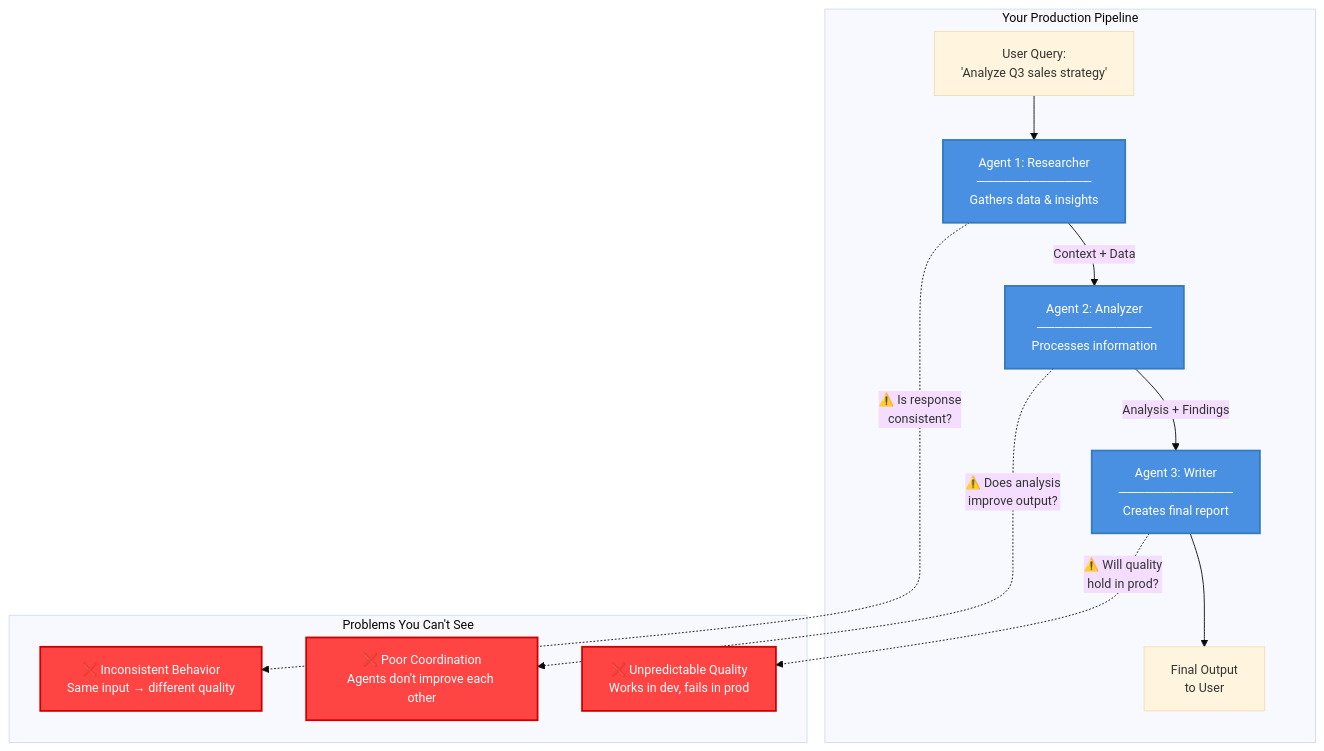
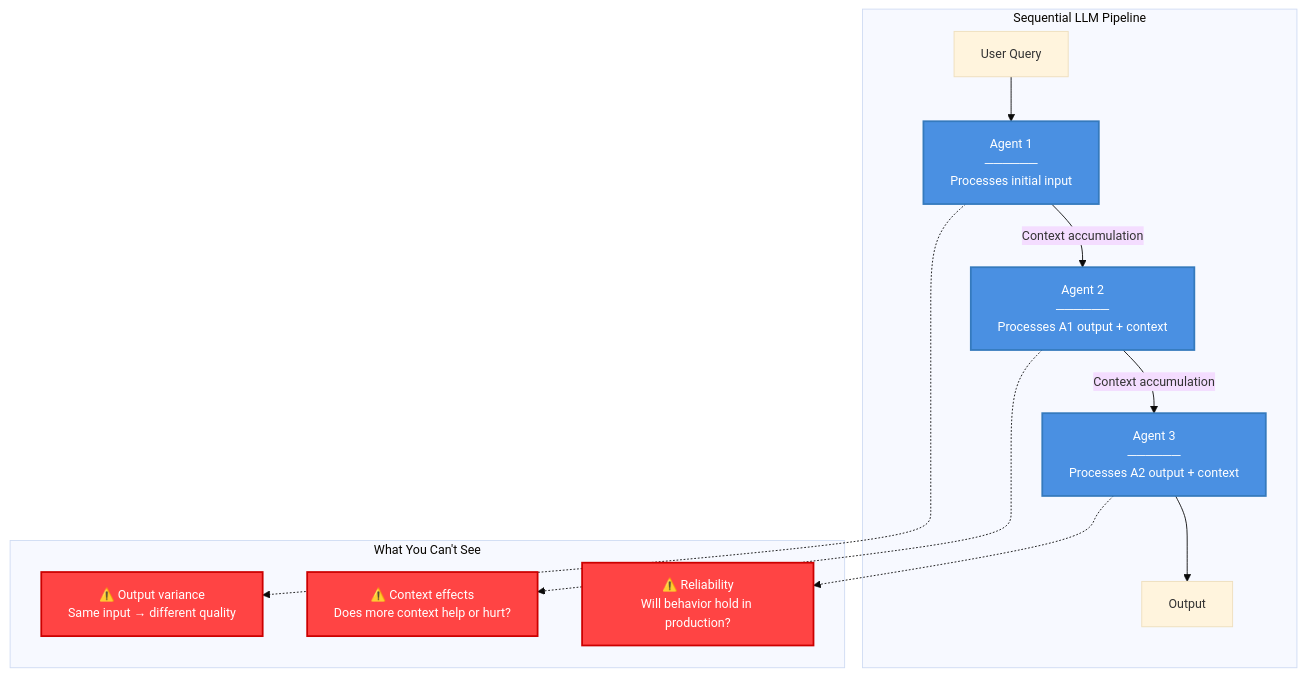
Before and after one commit to Javihaus/CERT: the first of 2 diagrams in README.md, drawn with Mermaid. The commit also changed other lines of this file, not shown here.

````diff
--- a/README.md
+++ b/README.md
@@ -39,32 +54,32 @@
 ```mermaid
 %%{init: {'theme':'base', 'themeVariables': { 'fontSize':'14px', 'fontFamily':'arial'}}}%%
 graph TB
-    subgraph "Your Production Pipeline"
-        U[User Query:<br/>'Analyze Q3 sales strategy'] --> A1
+    subgraph "Sequential LLM Pipeline"
+        U[User Query] --> A1
 
-        A1[Agent 1: Researcher<br/>─────────────<br/>Gathers data & insights]
-        A2[Agent 2: Analyzer<br/>─────────────<br/>Processes information]
-        A3[Agent 3: Writer<br/>─────────────<br/>Creates final report]
+        A1["Agent 1<br/>──────<br/>Processes initial input"]
+        A2["Agent 2<br/>──────<br/>Processes A1 output + context"]
+        A3["Agent 3<br/>──────<br/>Processes A2 output + context"]
 
-        A1 -->|Context + Data| A2
-        A2 -->|Analysis + Findings| A3
-        A3 --> OUT[Final Output<br/>to User]
+        A1 -->|"Context accumulation"| A2
+        A2 -->|"Context accumulation"| A3
+        A3 --> OUT[Output]
     end
 
-    subgraph "Problems You Can't See"
-        P1["❌ Inconsistent Behavior<br/>Same input → different quality"]
-        P2["❌ Poor Coordination<br/>Agents don't improve each other"]
-        P3["❌ Unpredictable Quality<br/>Works in dev, fails in prod"]
+    subgraph "What You Can't See"
+        P1["⚠️ Output variance<br/>Same input → different quality"]
+        P2["⚠️ Context effects<br/>Does more context help or hurt?"]
+        P3["⚠️ Reliability<br/>Will behavior hold in production?"]
     end
 
-    A1 -.->|"⚠️ Is response<br/>consistent?"| P1
-    A2 -.->|"⚠️ Does analysis<br/>improve output?"| P2
-    A3 -.->|"⚠️ Will quality<br/>hold in prod?"| P3
+    A1 -.-> P1
+    A2 -.-> P2
+    A3 -.-> P3
 
     style P1 fill:#ff4444,stroke:#cc0000,stroke-width:2px,color:#fff
     style P2 fill:#ff4444,stroke:#cc0000,stroke-width:2px,color:#fff
     style P3 fill:#ff4444,stroke:#cc0000,stroke-width:2px,color:#fff
     style A1 fill:#4a90e2,stroke:#357abd,stroke-width:2px,color:#fff
     style A2 fill:#4a90e2,stroke:#357abd,stroke-width:2px,color:#fff
     style A3 fill:#4a90e2,stroke:#357abd,stroke-width:2px,color:#fff
 ```
````
